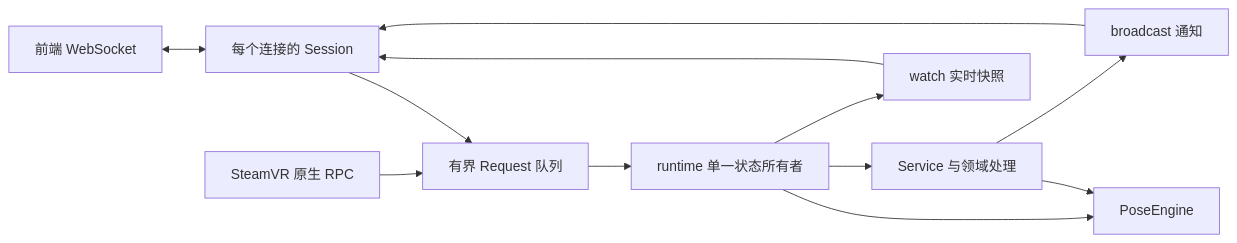
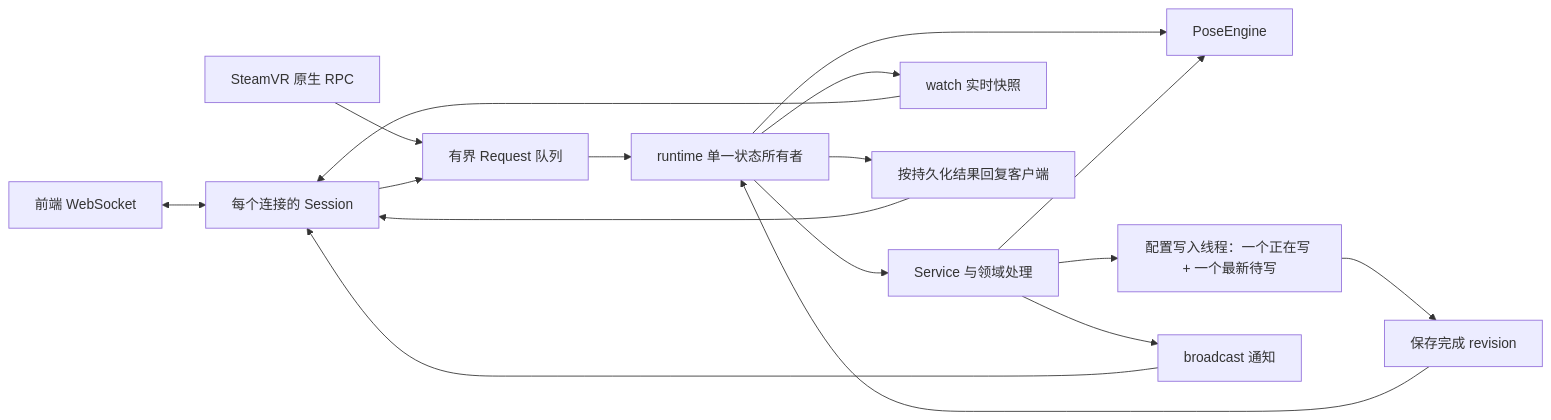
Before and after one commit to grayawa/SlimeVR-Rust: the diagram in docs/rust-backend-api-architecture.zh-CN.md, drawn with Mermaid. The commit also changed other lines of this file and 30 other files, not shown here.

````diff
--- a/docs/rust-backend-api-architecture.zh-CN.md
+++ b/docs/rust-backend-api-architecture.zh-CN.md
@@ -183,14 +205,19 @@
 ```mermaid
 flowchart LR
     UI[前端 WebSocket] <--> Session[每个连接的 Session]
     Native[SteamVR 原生 RPC] --> Queue[有界 Request 队列]
     Session --> Queue
     Queue --> Runtime[runtime 单一状态所有者]
     Runtime --> Service[Service 与领域处理]
     Runtime --> Engine[PoseEngine]
     Service --> Engine
     Runtime --> Snapshot[watch 实时快照]
     Snapshot --> Session
+    Service --> Writer[配置写入线程：一个正在写 + 一个最新待写]
+    Writer --> Completion[保存完成 revision]
+    Completion --> Runtime
+    Runtime --> Replies[按持久化结果回复客户端]
+    Replies --> Session
     Service --> Events[broadcast 通知]
     Events --> Session
 ```
````
